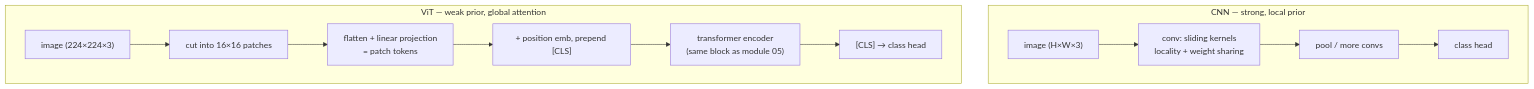
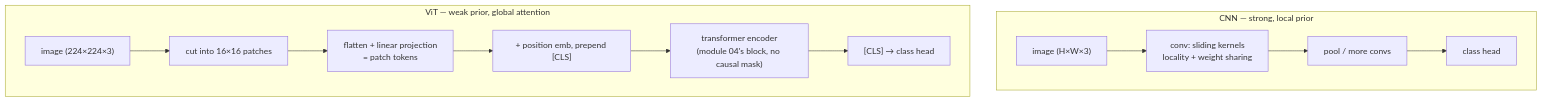
Before and after one commit to wynch/ml-course: the diagram in modules/08-vision/README.md, drawn with Mermaid. The commit also changed other lines of this file and 1176 other files, not shown here.

````diff
--- a/modules/08-vision/README.md
+++ b/modules/08-vision/README.md
@@ -54,15 +55,15 @@
 ```mermaid
 flowchart TB
     subgraph CNN["CNN — strong, local prior"]
         A["image (H×W×3)"] --> B["conv: sliding kernels<br/>locality + weight sharing"]
         B --> C["pool / more convs"]
         C --> D["class head"]
     end
     subgraph ViT["ViT — weak prior, global attention"]
         E["image (224×224×3)"] --> F["cut into 16×16 patches"]
         F --> G["flatten + linear projection<br/>= patch tokens"]
         G --> H["+ position emb, prepend [CLS]"]
-        H --> I["transformer encoder<br/>(same block as module 05)"]
+        H --> I["transformer encoder<br/>(module 04's block, no causal mask)"]
         I --> J["[CLS] → class head"]
     end
 ```
````
